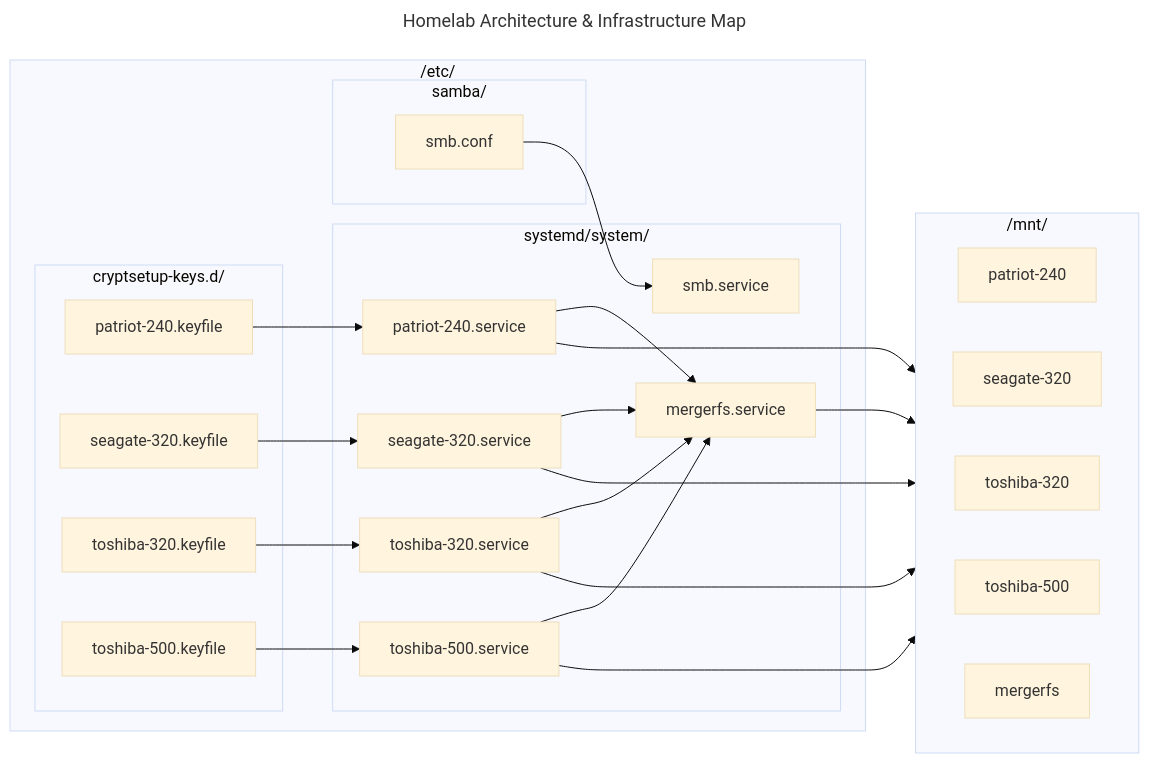
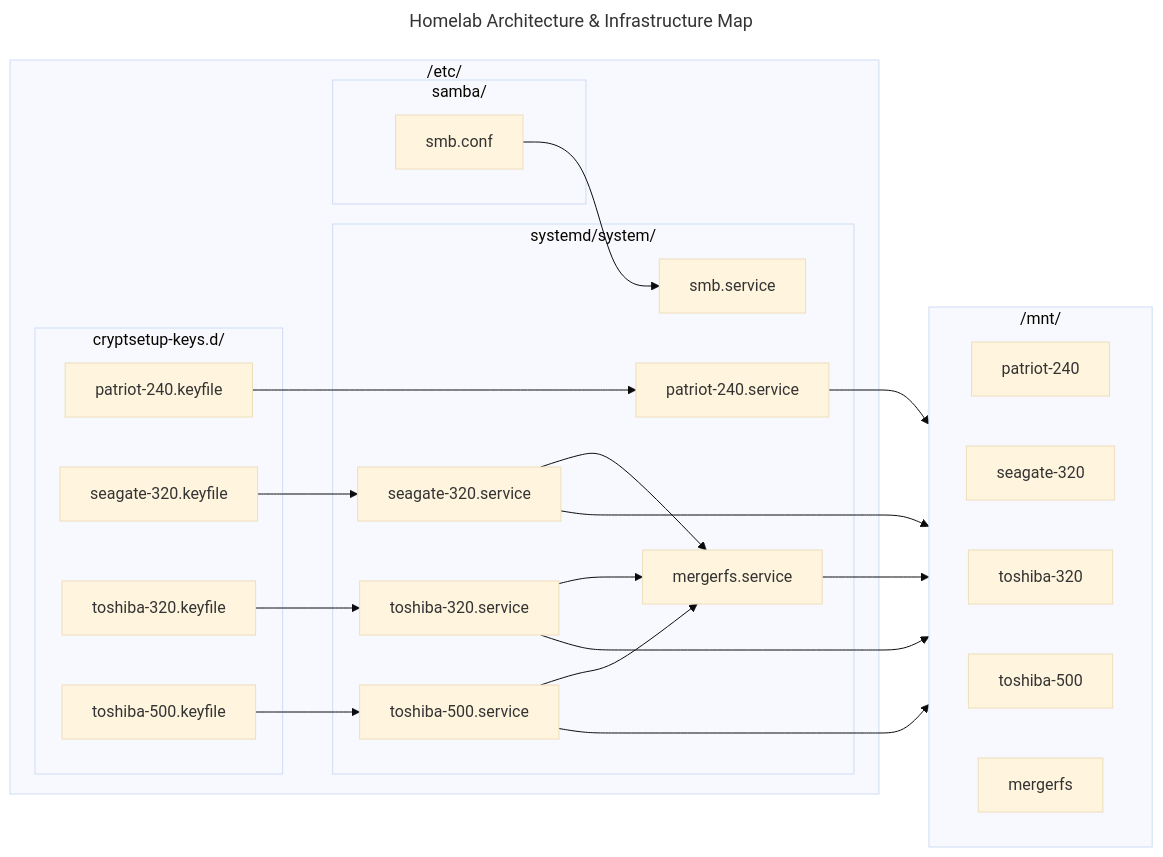
Before and after one commit to jurdanetac/homelab: the diagram in README.md, drawn with Mermaid (base theme). The commit also changed other lines of this file, not shown here.

````diff
--- a/README.md
+++ b/README.md
@@ -4,55 +4,54 @@
 ```mermaid
 ---
 title: Homelab Architecture & Infrastructure Map
 ---
 
 flowchart LR
     subgraph etc ["/etc/"]
         subgraph cryptsetup_keys ["cryptsetup-keys.d/"]
             k_patriot["patriot-240.keyfile"]
             k_seagate["seagate-320.keyfile"]
             k_toshiba320["toshiba-320.keyfile"]
             k_toshiba500["toshiba-500.keyfile"]
         end
 
         subgraph systemd_system ["systemd/system/"]
             s_smb["smb.service"]
             s_patriot["patriot-240.service"]
             s_seagate["seagate-320.service"]
             s_toshiba320["toshiba-320.service"]
             s_toshiba500["toshiba-500.service"]
             s_mergerfs["mergerfs.service"]
         end
 
         subgraph samba ["samba/"]
             c_smb["smb.conf"]
         end
     end
 
     subgraph mnt ["/mnt/"]
         direction LR
         m_patriot["patriot-240"]
         m_seagate["seagate-320"]
         m_toshiba320["toshiba-320"]
         m_toshiba500["toshiba-500"]
         m_mergerfs["mergerfs"]
     end
 
     k_patriot --> s_patriot
     k_seagate --> s_seagate
     k_toshiba320 --> s_toshiba320
     k_toshiba500 --> s_toshiba500
 
     c_smb --> s_smb
 
     s_patriot --> m_patriot
     s_seagate --> m_seagate
     s_toshiba320 --> m_toshiba320
     s_toshiba500 --> m_toshiba500
 
-    s_patriot --> s_mergerfs
     s_seagate --> s_mergerfs
     s_toshiba320 --> s_mergerfs
     s_toshiba500 --> s_mergerfs
     s_mergerfs --> m_mergerfs
 ```
````
